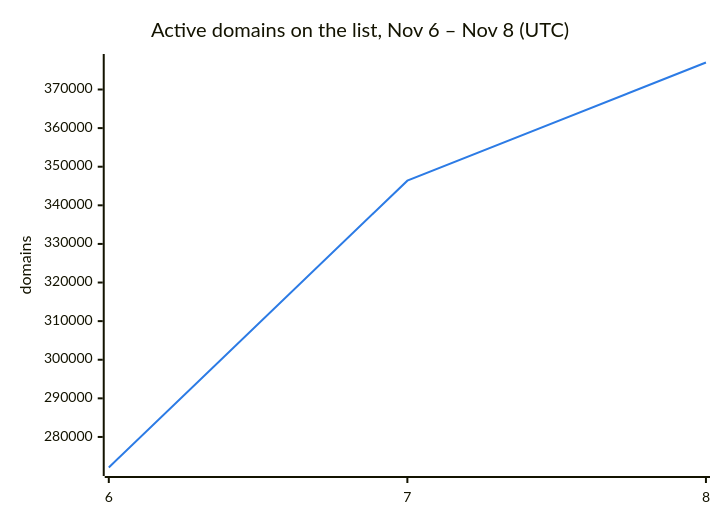
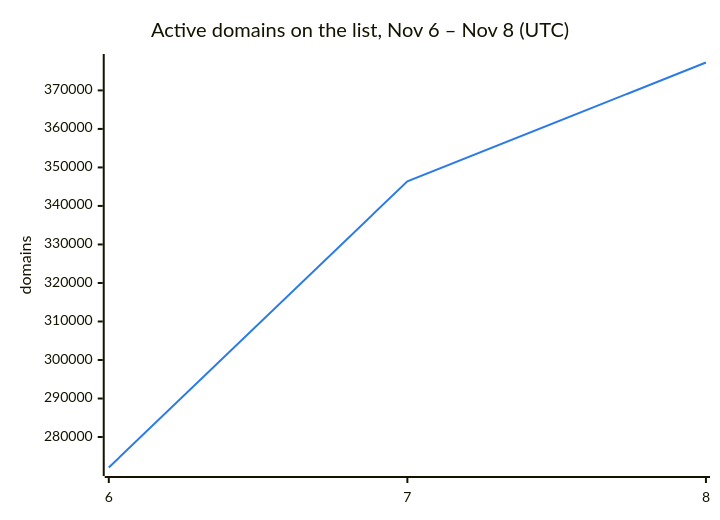
The second of 3 diagrams in README.md (DNSBunker/CTI), drawn with Mermaid before and after one commit. The commit also changed other lines of this file and 3 other files, not shown here.

````diff
--- a/README.md
+++ b/README.md
@@ -38,8 +38,8 @@
 ```mermaid
 %%{init: {"themeVariables": {"xyChart": {"plotColorPalette": "#2c7be5"}}}}%%
 xychart-beta
     title "Active domains on the list, Nov 6 – Nov 8 (UTC)"
     x-axis ["6", "7", "8"]
     y-axis "domains"
-    line [272088, 346388, 376994]
+    line [272088, 346388, 377243]
 ```
````
